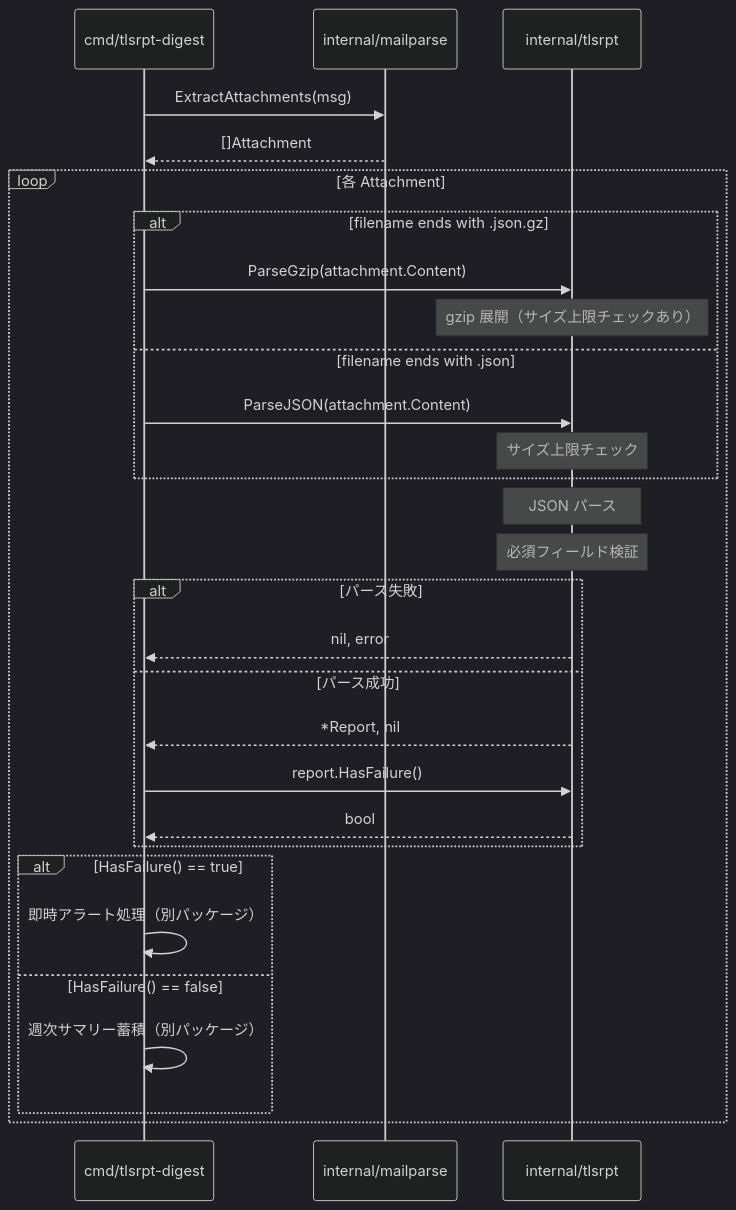
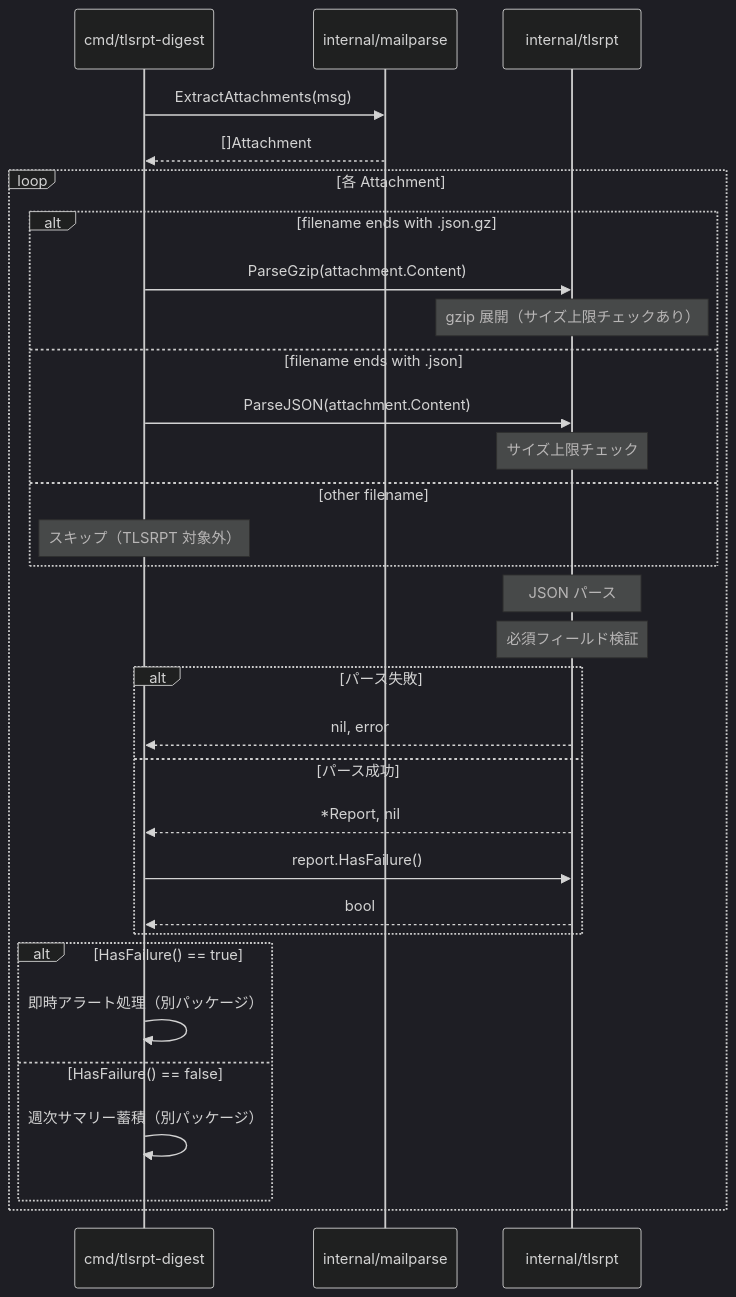
The fourth of 7 diagrams in docs/tasks/0020_tlsrpt/02_architecture.md (isseis/tlsrpt-digest), drawn with Mermaid (dark theme) before and after one commit. The commit also changed other lines of this file and 1 other file, not shown here.

````diff
--- a/docs/tasks/0020_tlsrpt/02_architecture.md
+++ b/docs/tasks/0020_tlsrpt/02_architecture.md
@@ -109,32 +109,34 @@
 ```mermaid
 sequenceDiagram
     participant CMD as cmd/tlsrpt-digest
     participant MP as internal/mailparse
     participant TR as internal/tlsrpt
 
     CMD->>MP: ExtractAttachments(msg)
     MP-->>CMD: []Attachment
     loop 各 Attachment
         alt filename ends with .json.gz
             CMD->>TR: ParseGzip(attachment.Content)
             Note over TR: gzip 展開（サイズ上限チェックあり）
         else filename ends with .json
             CMD->>TR: ParseJSON(attachment.Content)
             Note over TR: サイズ上限チェック
+        else other filename
+            Note over CMD: スキップ（TLSRPT 対象外）
         end
         Note over TR: JSON パース
         Note over TR: 必須フィールド検証
         alt パース失敗
             TR-->>CMD: nil, error
         else パース成功
             TR-->>CMD: *Report, nil
             CMD->>TR: report.HasFailure()
             TR-->>CMD: bool
         end
         alt HasFailure() == true
             CMD->>CMD: 即時アラート処理（別パッケージ）
         else HasFailure() == false
             CMD->>CMD: 週次サマリー蓄積（別パッケージ）
         end
     end
 ```
````
